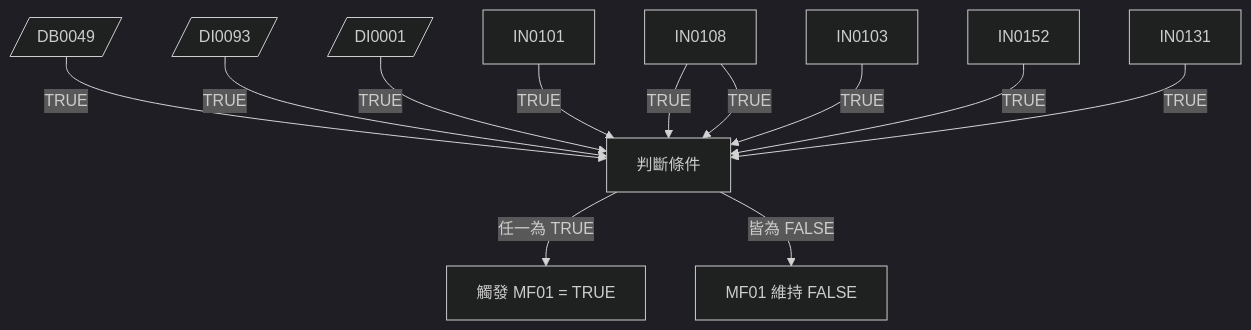
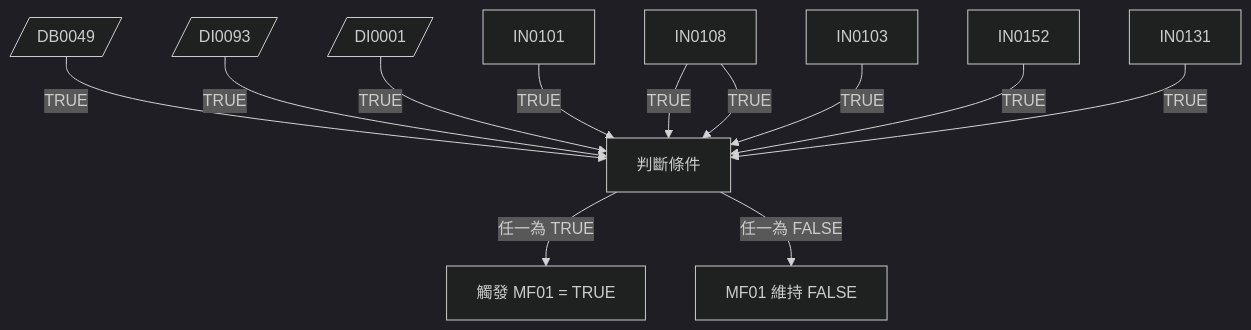
The diagram in TEST/mermaid/RCMT-TAKAO-SEQ001.md (HachiTsai/Hello-World), drawn with Mermaid (dark theme) before and after one commit.

Commit message:
RCMT-TAKAO-SEQ001.md

````diff
--- a/TEST/mermaid/RCMT-TAKAO-SEQ001.md
+++ b/TEST/mermaid/RCMT-TAKAO-SEQ001.md
@@ -3,14 +3,14 @@
 ```mermaid
 flowchart TD
     A[/DB0049/] -->|TRUE| C[判斷條件]
     B[/DI0093/] -->|TRUE| C
     D[/DI0001/] -->|TRUE| C
     G[IN0101] -->|TRUE| C
     H[IN0102] -->|TRUE| C
     I[IN0103] -->|TRUE| C
     H[IN0108] -->|TRUE| C
     J[IN0152] -->|TRUE| C
     K[IN0131] -->|TRUE| C
     C -->|任一為 TRUE| E[觸發 MF01 = TRUE]
-    C -->|皆為 FALSE| F[MF01 維持 FALSE]
+    C -->|任一為 FALSE| F[MF01 維持 FALSE]
 ```
````
